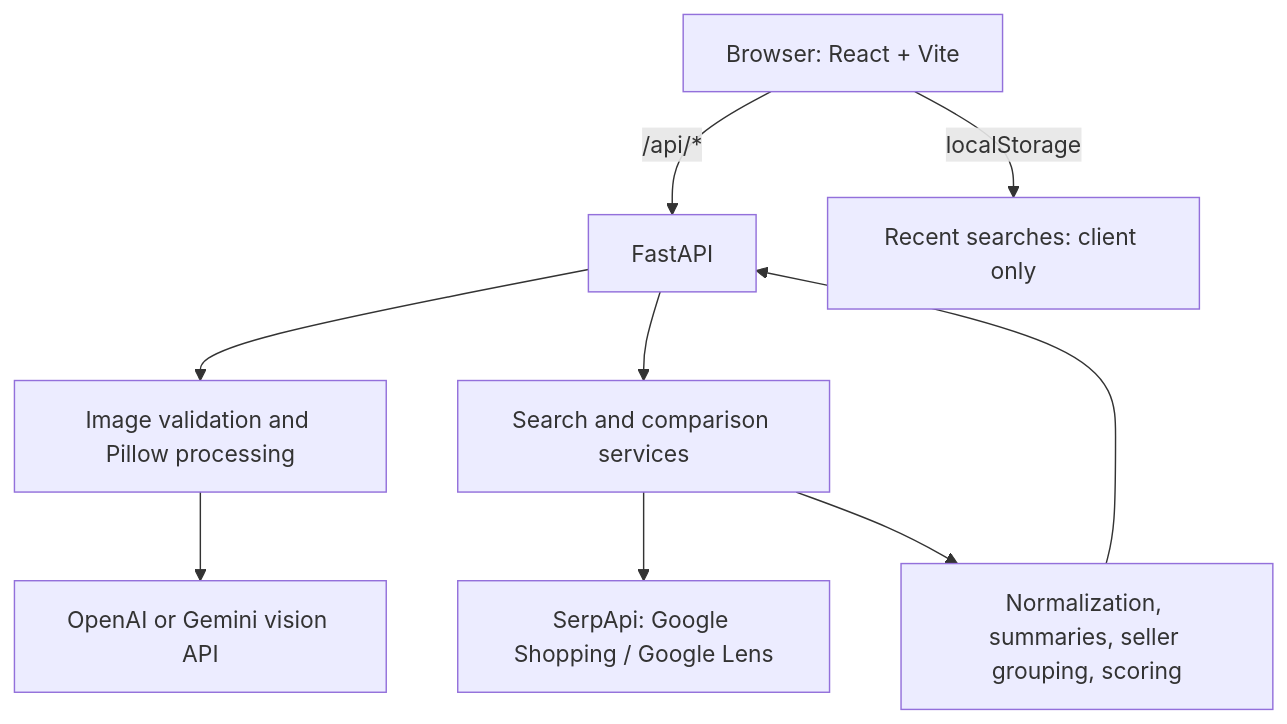
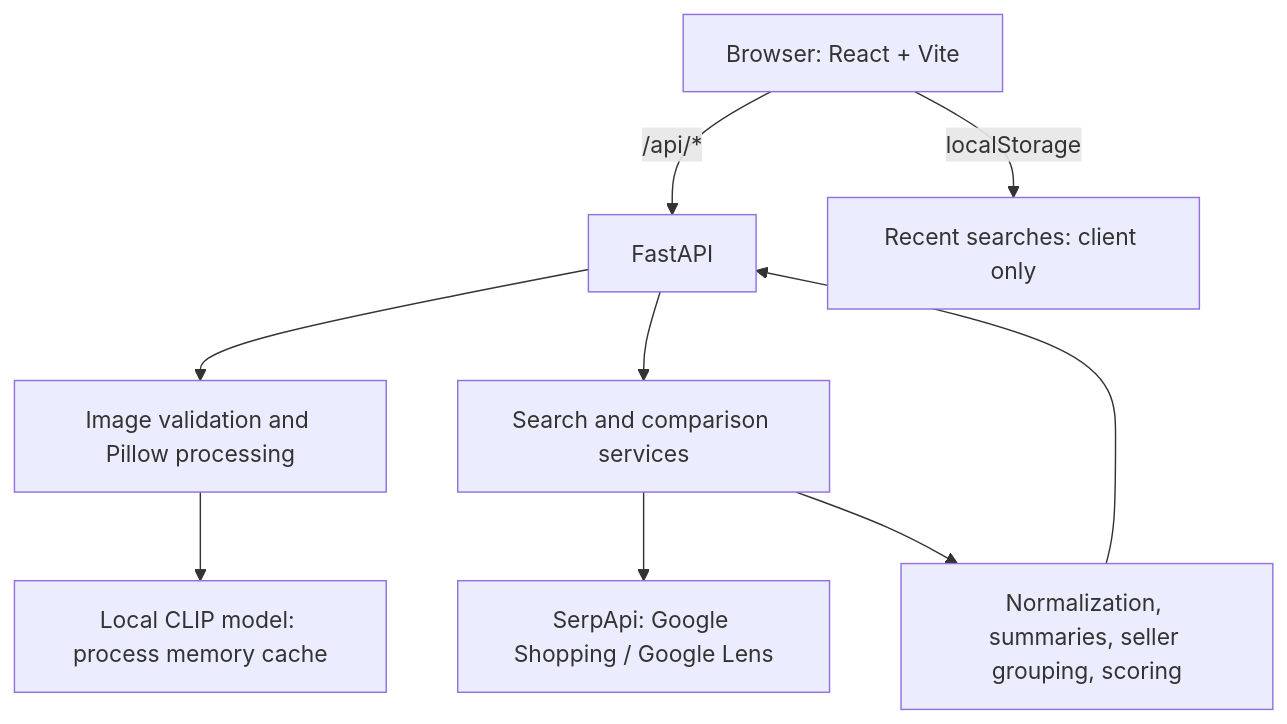
One commit to JaivPatel07/ShopLens changed the second of 2 diagrams in README.md. Above: the diagram before and after it, drawn with Mermaid. The commit also changed other lines of this file and 11 other files, not shown here.

Commit message:
Implement local CLIP image classification and update vision provider configuration

````diff
--- a/README.md
+++ b/README.md
@@ -107,11 +108,11 @@
 ```mermaid
 flowchart TB
   Browser[Browser: React + Vite] -->|/api/*| API[FastAPI]
   Browser -->|localStorage| History[Recent searches: client only]
   API --> Image[Image validation and Pillow processing]
-  Image --> Vision[OpenAI or Gemini vision API]
+  Image --> Vision[Local CLIP model: process memory cache]
   API --> Search[Search and comparison services]
   Search --> Serp[SerpApi: Google Shopping / Google Lens]
   Search --> Normalize[Normalization, summaries, seller grouping, scoring]
   Normalize --> API
 ```
````
